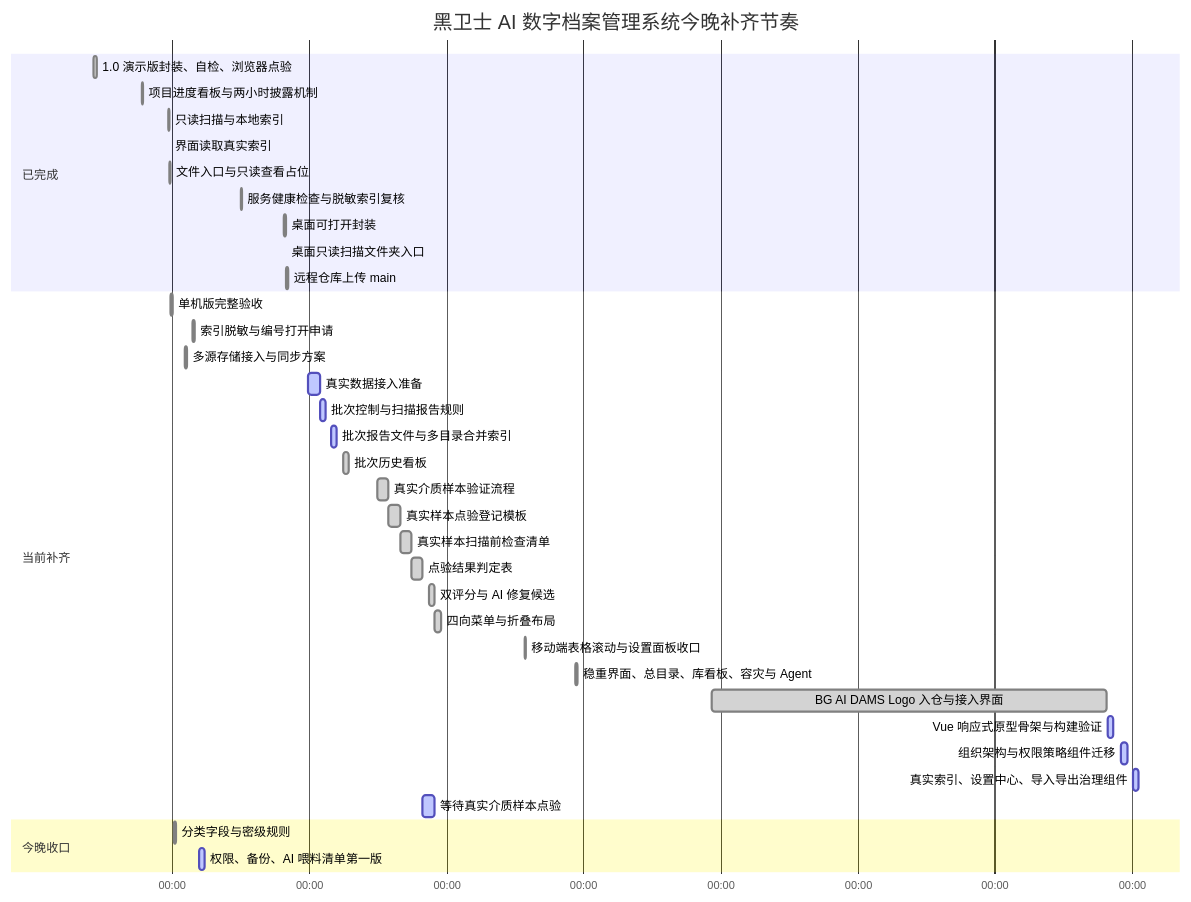
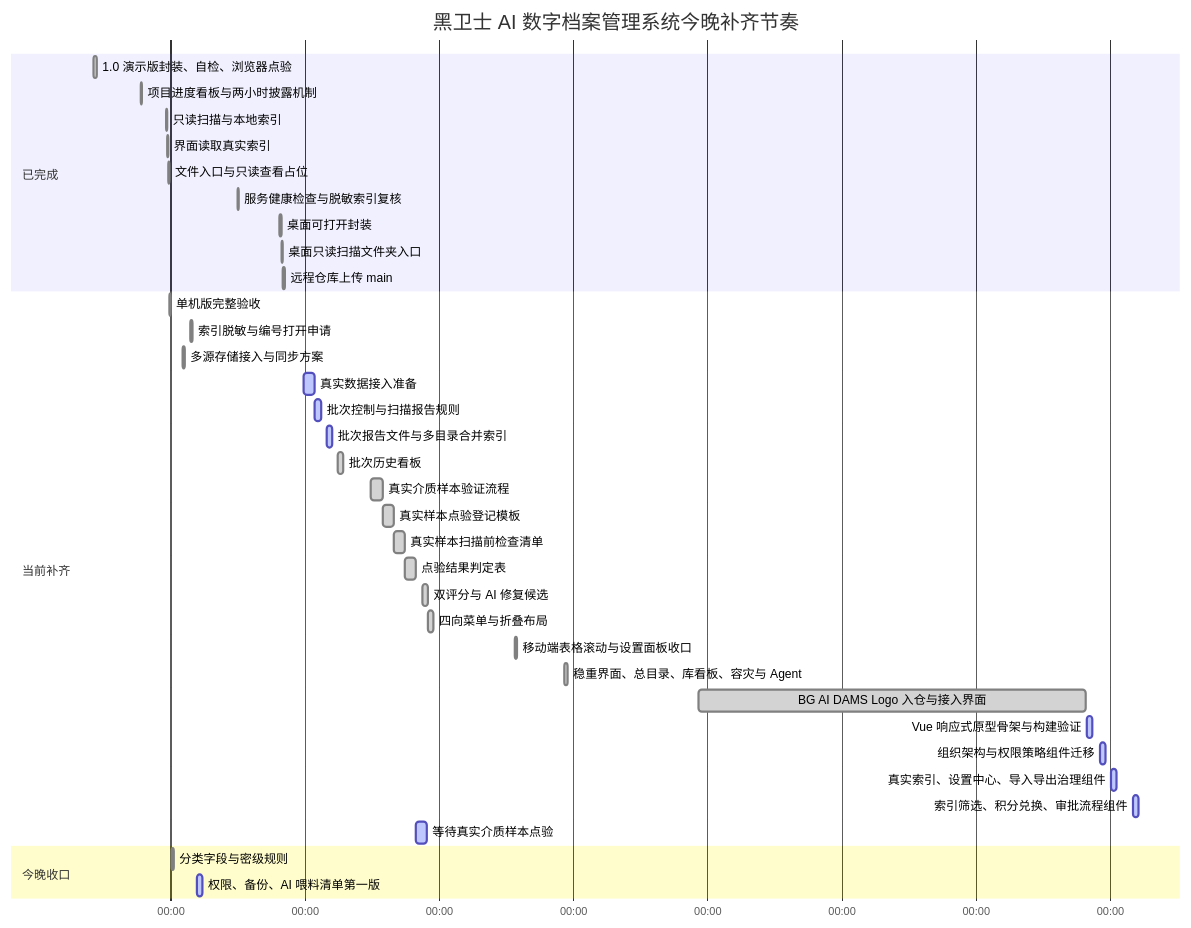
Before and after one commit to okalexhohongkong/Alex-Code-Repository: the diagram in 项目进度看板.md, drawn with Mermaid. The commit also changed other lines of this file and 14 other files, not shown here.

````diff
--- a/项目进度看板.md
+++ b/项目进度看板.md
@@ -21,43 +22,44 @@
 ```mermaid
 gantt
   title 黑卫士 AI 数字档案管理系统今晚补齐节奏
   dateFormat  YYYY-MM-DD HH:mm
   axisFormat  %H:%M
 
   section 已完成
   1.0 演示版封装、自检、浏览器点验        :done, demo-1, 2026-06-21 20:30, 1h
   项目进度看板与两小时披露机制             :done, demo-2, 2026-06-22 13:30, 25m
   只读扫描与本地索引                      :done, local-2, 2026-06-22 22:30, 25m
   界面读取真实索引                        :done, local-3, 2026-06-22 22:55, 20m
   文件入口与只读查看占位                   :done, local-4, 2026-06-22 23:05, 25m
   服务健康检查与脱敏索引复核                :done, local-health, 2026-06-24 00:10, 20m
   桌面可打开封装                           :done, desktop-1, 2026-06-24 15:10, 35m
   桌面只读扫描文件夹入口                    :done, desktop-2, 2026-06-24 15:43, 20m
   远程仓库上传 main                         :done, remote-1, 2026-06-24 16:00, 45m
 
   section 当前补齐
   单机版完整验收                          :done, local-5, 2026-06-22 23:35, 35m
   索引脱敏与编号打开申请                   :done, local-6, 2026-06-23 07:10, 35m
   多源存储接入与同步方案                   :done, storage-1, 2026-06-23 04:30, 35m
   真实数据接入准备                         :active, intake-1, 2026-06-24 23:42, 4h
   批次控制与扫描报告规则                   :active, intake-2, 2026-06-25 03:44, 2h
   批次报告文件与多目录合并索引              :active, intake-3, 2026-06-25 07:47, 2h
   批次历史看板                            :done, intake-4, 2026-06-25 11:50, 2h
   真实介质样本验证流程                    :done, intake-5, 2026-06-25 23:45, 4h
   真实样本点验登记模板                    :done, intake-6, 2026-06-26 03:46, 4h
   真实样本扫描前检查清单                  :done, intake-7, 2026-06-26 07:46, 4h
   点验结果判定表                          :done, intake-8, 2026-06-26 11:46, 4h
   双评分与 AI 修复候选                    :done, ui-score-1, 2026-06-26 18:00, 2h
   四向菜单与折叠布局                      :done, ui-menu-1, 2026-06-26 20:00, 2h
   移动端表格滚动与设置面板收口              :done, ui-mobile-1, 2026-06-28 03:20, 35m
   稳重界面、总目录、库看板、容灾与 Agent     :done, ui-search-1, 2026-06-28 21:00, 1h
   BG AI DAMS Logo 入仓与接入界面              :done, brand-1, 2026-06-30 21:00, 2026-07-06 15:10
   Vue 响应式原型骨架与构建验证                  :active, vue-1, 2026-07-06 15:40, 2h
   组织架构与权限策略组件迁移                    :active, vue-2, 2026-07-06 20:20, 2h
   真实索引、设置中心、导入导出治理组件             :active, vue-3, 2026-07-07 00:20, 2h
+  索引筛选、积分兑换、审批流程组件                 :active, vue-4, 2026-07-07 08:10, 2h
   等待真实介质样本点验                    :active, intake-9, 2026-06-26 15:46, 4h
 
   section 今晚收口
   分类字段与密级规则                       :done, class-1, 2026-06-23 00:30, 45m
   权限、备份、AI 喂料清单第一版             :active, class-2, 2026-06-23 09:30, 2h
 ```
````
